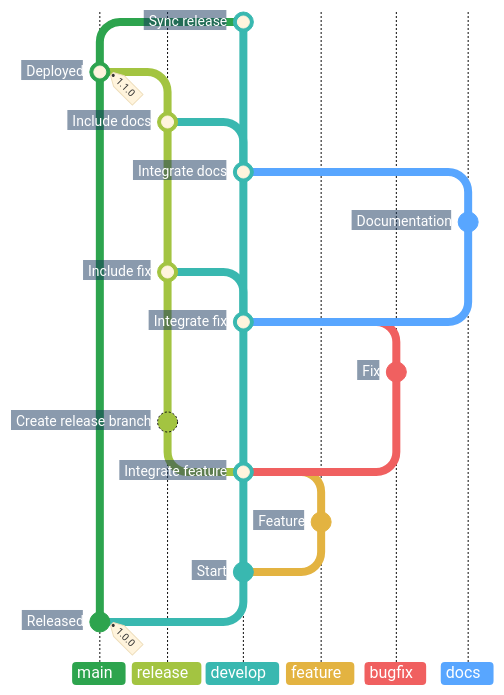
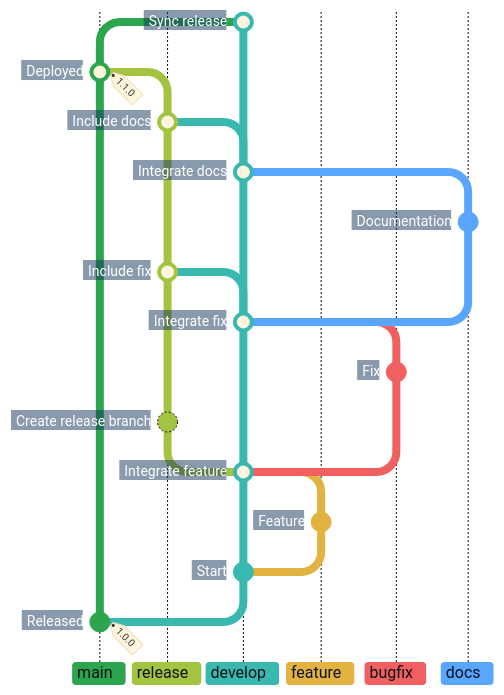
Before and after one commit to superhero/operations.superduper.solutions: the first of 3 diagrams in docs/adr/cicd.md, drawn with Mermaid. The commit also changed other lines of this file, not shown here.

Commit message:
docs: restore dark Git graph branch labels

````diff
--- a/docs/adr/cicd.md
+++ b/docs/adr/cicd.md
@@ -51,40 +51,40 @@
 ```mermaid
 %%{init: {"theme": "base", "themeCSS": ".branchLabel { font-weight: 700; } .branchLabelBkg { clip-path: inset(0 8px 0 0 round 4px) fill-box; } .commit-labels g:nth-last-of-type(-n+2) { visibility: hidden; } .commit-label { font-weight: 700; transform: translateX(-8px); } .commit-label-bkg { opacity: 1; stroke: #17365D; stroke-width: 20px; transform: translateX(-5px); clip-path: polygon(-4px -4px, calc(100% + 4px) -4px, calc(100% + 10px) 50%, calc(100% + 4px) calc(100% + 4px), -4px calc(100% + 4px)) fill-box; }", "gitGraph": {"showCommitLabel": true, "rotateCommitLabel": false}, "themeVariables": {
     "commitLabelFontSize": "14px", "commitLabelColor": "#FFFFFF", "commitLabelBackground": "#17365D",
-    "git0": "#2DA44E", "gitBranchLabel0": "#FFFFFF",
-    "git1": "#A3C441", "gitBranchLabel1": "#FFFFFF",
-    "git2": "#39B8B0", "gitBranchLabel2": "#FFFFFF",
-    "git3": "#E3B341", "gitBranchLabel3": "#FFFFFF",
-    "git4": "#F06060", "gitBranchLabel4": "#FFFFFF",
-    "git5": "#58A6FF", "gitBranchLabel5": "#FFFFFF"
+    "git0": "#2DA44E", "gitBranchLabel0": "#0D1117",
+    "git1": "#A3C441", "gitBranchLabel1": "#0D1117",
+    "git2": "#39B8B0", "gitBranchLabel2": "#0D1117",
+    "git3": "#E3B341", "gitBranchLabel3": "#0D1117",
+    "git4": "#F06060", "gitBranchLabel4": "#0D1117",
+    "git5": "#58A6FF", "gitBranchLabel5": "#0D1117"
 }}}%%
 gitGraph BT:
     %% In BT order, the last two label groups are the initial notes; the version tag stays visible.
     commit id: "Released" tag: "1.0.0"
     branch develop order: 2
     commit id: "Start"
     branch "feature" order: 3
     commit id: "Feature"
     checkout develop
     merge "feature" id: "Integrate feature"
     branch "release" order: 1
     commit id: "Create release branch"
     checkout develop
     branch "bugfix" order: 4
     commit id: "Fix"
     checkout develop
     merge "bugfix" id: "Integrate fix"
     checkout "release"
     merge develop id: "Include fix"
     checkout develop
     branch "docs" order: 5
     commit id: "Documentation"
     checkout develop
     merge "docs" id: "Integrate docs"
     checkout "release"
     merge develop id: "Include docs"
     checkout main
     merge "release" id: "Deployed" tag: "1.1.0"
     checkout develop
     merge main id: "Sync release"
 ```
````
